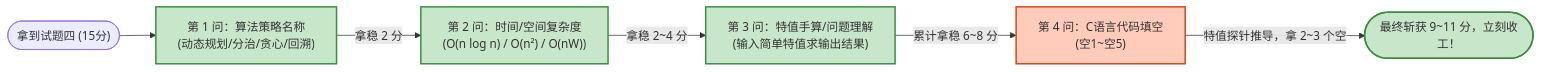
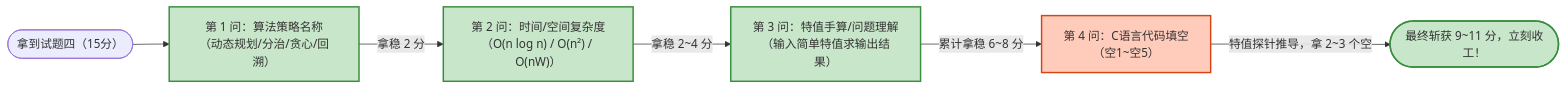
Before and after one commit to cpsa3/software-designer-fast-pass: the third of 3 diagrams in 03-case-studies/00-下午案例分析通关总纲与五大题型破题绝杀流水线.md, drawn with Mermaid. The commit also changed other lines of this file, not shown here.

Commit message:
fix(mermaid): 修复甘特图不支持问题并加固所有流程图语法，解决 Mermaid 渲染报错

````diff
--- a/03-case-studies/00-下午案例分析通关总纲与五大题型破题绝杀流水线.md
+++ b/03-case-studies/00-下午案例分析通关总纲与五大题型破题绝杀流水线.md
@@ -149,11 +145,11 @@
 ```mermaid
 flowchart LR
     classDef safe fill:#C8E6C9,stroke:#388E3C,stroke-width:2px;
     classDef hard fill:#FFCCBC,stroke:#D84315,stroke-width:2px;
 
-    Start(["拿到试题四 (15分)"]) --> Q1["第 1 问：算法策略名称<br>(动态规划/分治/贪心/回溯)"]:::safe
-    Q1 --"拿稳 2 分"--> Q2["第 2 问：时间/空间复杂度<br>(O(n log n) / O(n²) / O(nW))"]:::safe
-    Q2 --"拿稳 2~4 分"--> Q3["第 3 问：特值手算/问题理解<br>(输入简单特值求输出结果)"]:::safe
-    Q3 --"累计拿稳 6~8 分"--> Q4["第 4 问：C语言代码填空<br>(空1~空5)"]:::hard
-    Q4 --"特值探针推导，拿 2~3 个空"--> Finish(["最终斩获 9~11 分，立刻收工！"]):::safe
+    Start(["拿到试题四（15分）"]) --> Q1["第 1 问：算法策略名称<br>（动态规划/分治/贪心/回溯）"]:::safe
+    Q1 -->|"拿稳 2 分"| Q2["第 2 问：时间/空间复杂度<br>（O(n log n) / O(n²) / O(nW)）"]:::safe
+    Q2 -->|"拿稳 2~4 分"| Q3["第 3 问：特值手算/问题理解<br>（输入简单特值求输出结果）"]:::safe
+    Q3 -->|"累计拿稳 6~8 分"| Q4["第 4 问：C语言代码填空<br>（空1~空5）"]:::hard
+    Q4 -->|"特值探针推导，拿 2~3 个空"| Finish(["最终斩获 9~11 分，立刻收工！"]):::safe
 ```
````
